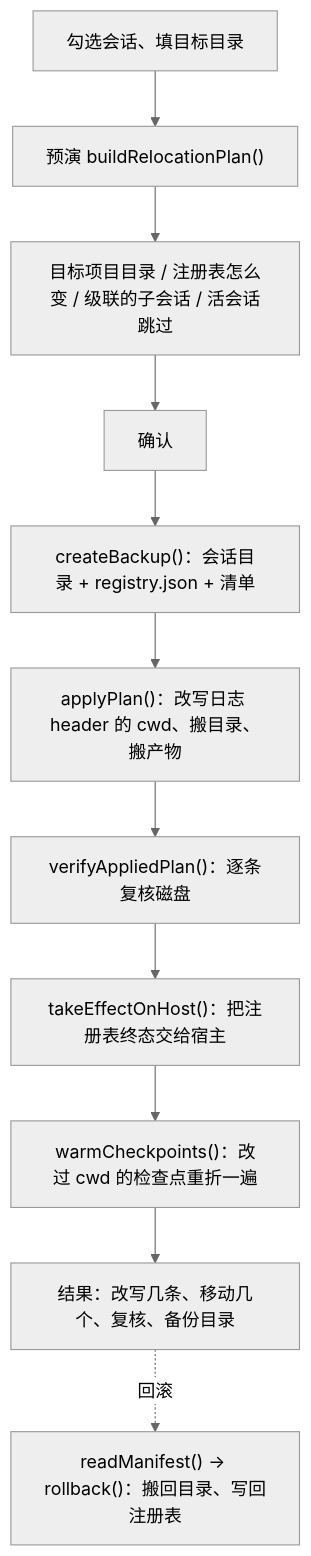
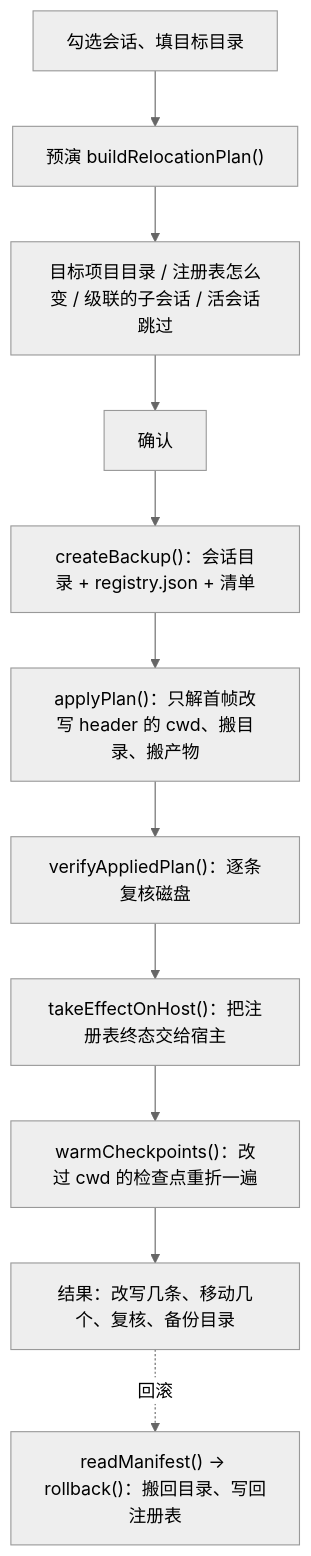
One commit to he0119/dsh-session-manager changed the fourth of 9 diagrams in docs/flows.md. Above: the diagram before and after it, drawn with Mermaid (neutral theme). The commit also changed 12 other files, not shown here.

````diff
--- a/docs/flows.md
+++ b/docs/flows.md
@@ -88,13 +88,13 @@
 ```mermaid
 flowchart TD
   A["勾选会话、填目标目录"] --> B["预演 buildRelocationPlan()"]
   B --> B1["目标项目目录 / 注册表怎么变 / 级联的子会话 / 活会话跳过"]
   B1 --> C["确认"]
   C --> D["createBackup()：会话目录 + registry.json + 清单"]
-  D --> E["applyPlan()：改写日志 header 的 cwd、搬目录、搬产物"]
+  D --> E["applyPlan()：只解首帧改写 header 的 cwd、搬目录、搬产物"]
   E --> F["verifyAppliedPlan()：逐条复核磁盘"]
   F --> G["takeEffectOnHost()：把注册表终态交给宿主"]
   G --> H["warmCheckpoints()：改过 cwd 的检查点重折一遍"]
   H --> I["结果：改写几条、移动几个、复核、备份目录"]
   I -.->|"回滚"| J["readManifest() → rollback()：搬回目录、写回注册表"]
 ```
````
